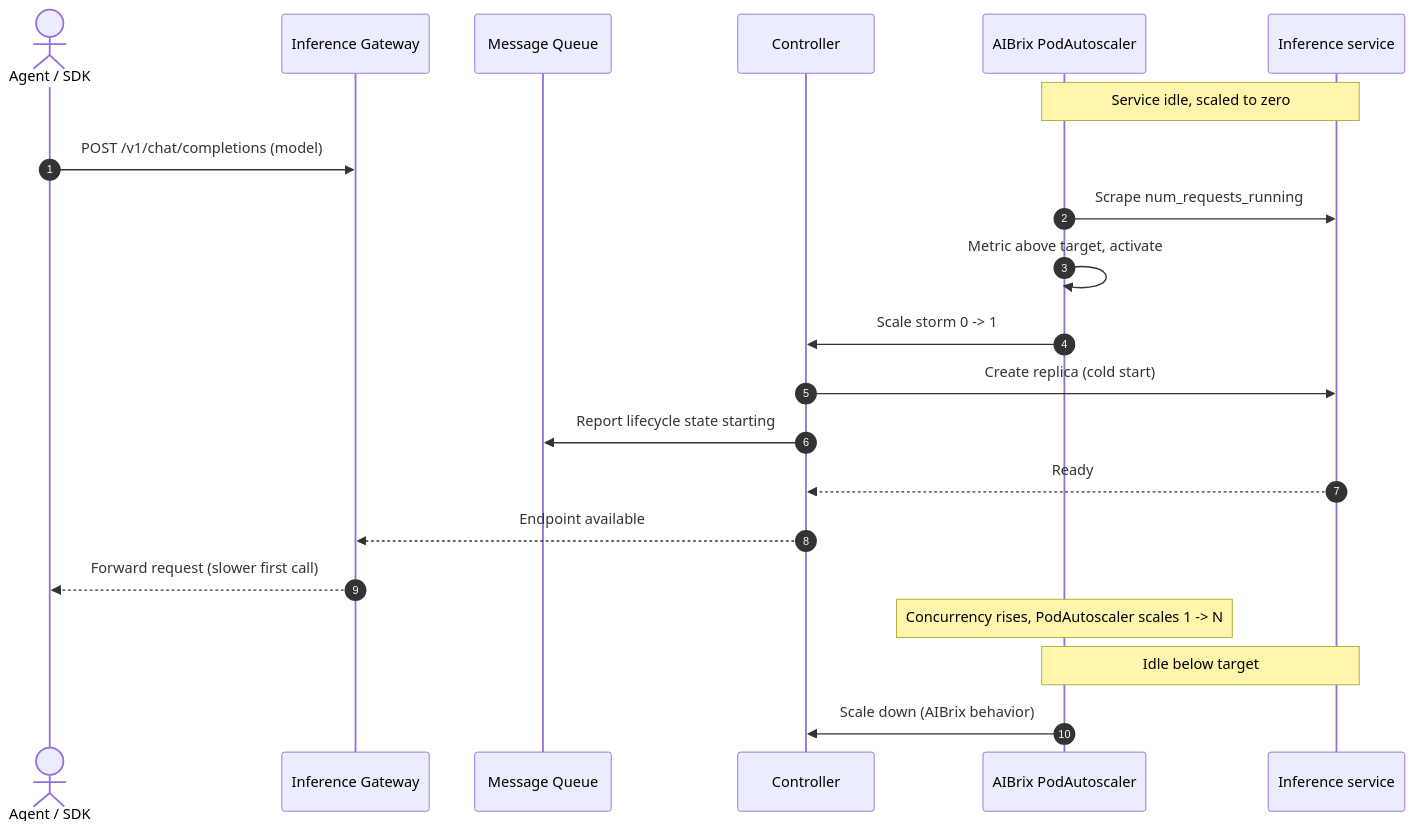
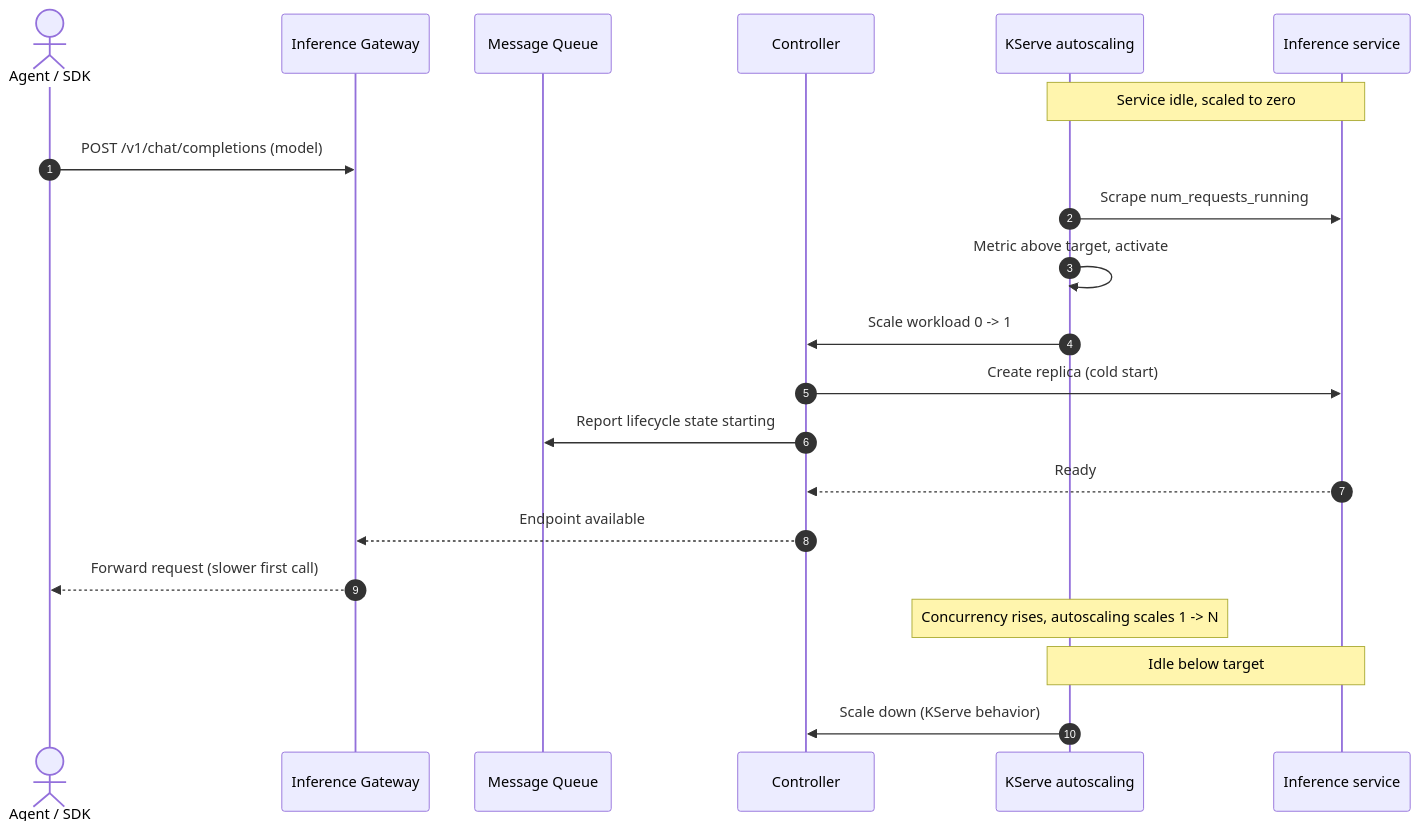
The fourth of 5 diagrams in site/docs/architecture/inference-autoscaling.md (go-taas/go-taas), drawn with Mermaid before and after one commit. The commit also changed other lines of this file and 151 other files, not shown here.

````diff
--- a/site/docs/architecture/inference-autoscaling.md
+++ b/site/docs/architecture/inference-autoscaling.md
@@ -538,24 +533,24 @@
 ```mermaid
 sequenceDiagram
     autonumber
     actor Agent as Agent / SDK
     participant DGW as Inference Gateway
     participant MQ as Message Queue
     participant CTRL as Controller
-    participant PA as AIBrix PodAutoscaler
+    participant PA as KServe autoscaling
     participant SVC as Inference service
 
     Note over PA,SVC: Service idle, scaled to zero
     Agent->>DGW: POST /v1/chat/completions (model)
     PA->>SVC: Scrape num_requests_running
     PA->>PA: Metric above target, activate
-    PA->>CTRL: Scale storm 0 -> 1
+    PA->>CTRL: Scale workload 0 -> 1
     CTRL->>SVC: Create replica (cold start)
     CTRL->>MQ: Report lifecycle state starting
     SVC-->>CTRL: Ready
     CTRL-->>DGW: Endpoint available
     DGW-->>Agent: Forward request (slower first call)
-    Note over PA: Concurrency rises, PodAutoscaler scales 1 -> N
+    Note over PA: Concurrency rises, autoscaling scales 1 -> N
     Note over PA,SVC: Idle below target
-    PA->>CTRL: Scale down (AIBrix behavior)
+    PA->>CTRL: Scale down (KServe behavior)
 ```
````
